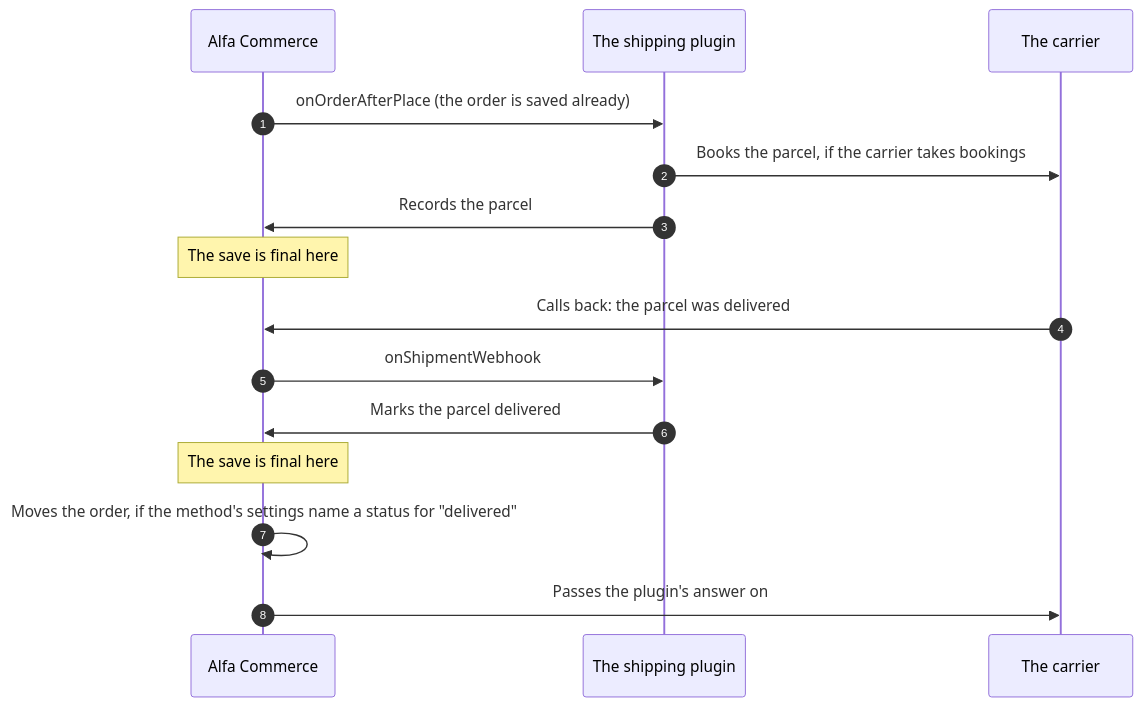
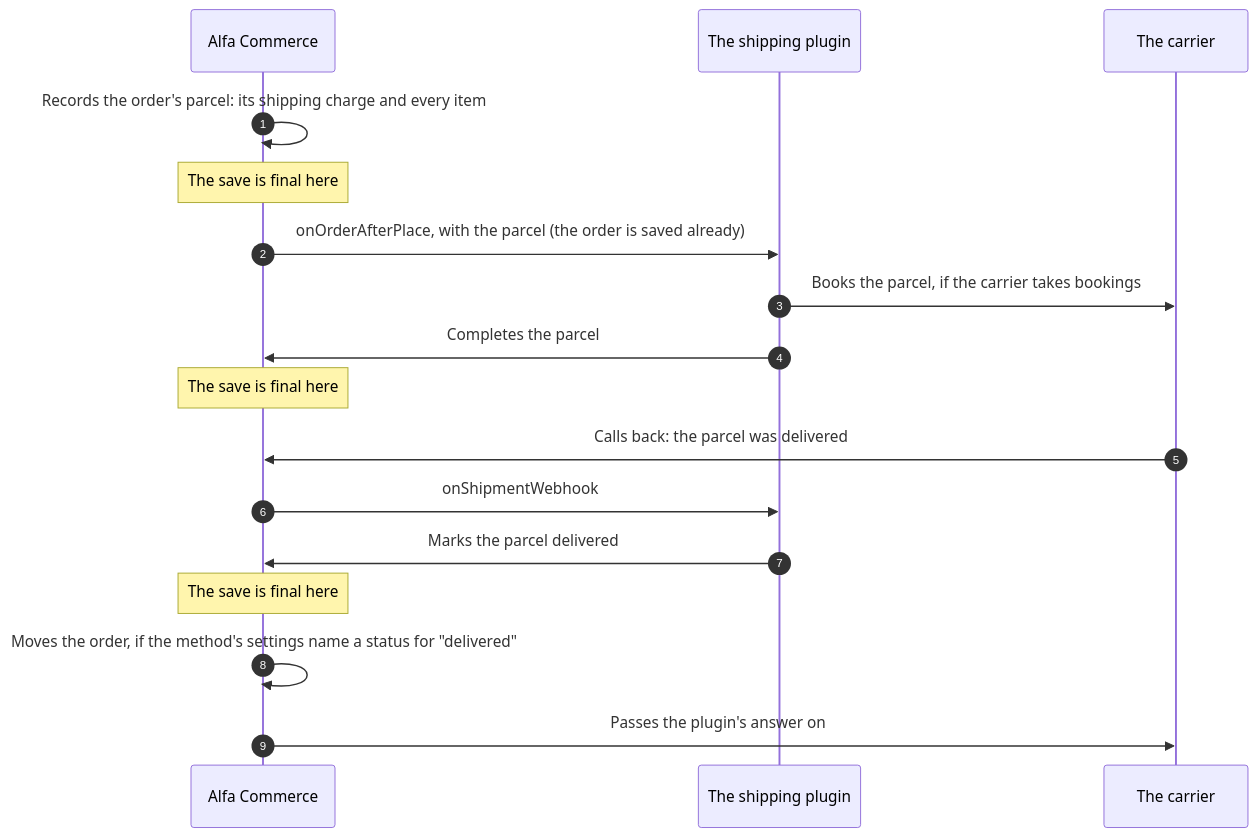
The seventh of 16 diagrams in docs/events/flows.md (Easylogic-CO-LP/Alfa-Commerce-Manual), drawn with Mermaid before and after one commit. The commit also changed other lines of this file, not shown here.

Commit message:
Event flows, checked against the code: Alfa records the order's parcel and the shipping plugin completes it, the Pay now address opens the order pages, every price period is announced, every thumbnail made after the image is stored, no onInventoryTransferred, the after-save step numbers

````diff
--- a/docs/events/flows.md
+++ b/docs/events/flows.md
@@ -325,17 +332,19 @@
 ```mermaid
 sequenceDiagram
     autonumber
     participant Alfa as Alfa Commerce
     participant P as The shipping plugin
     participant C as The carrier
-    Alfa->>P: onOrderAfterPlace (the order is saved already)
+    Alfa->>Alfa: Records the order's parcel: its shipping charge and every item
+    Note over Alfa: The save is final here
+    Alfa->>P: onOrderAfterPlace, with the parcel (the order is saved already)
     P->>C: Books the parcel, if the carrier takes bookings
-    P->>Alfa: Records the parcel
+    P->>Alfa: Completes the parcel
     Note over Alfa: The save is final here
     C->>Alfa: Calls back: the parcel was delivered
     Alfa->>P: onShipmentWebhook
     P->>Alfa: Marks the parcel delivered
     Note over Alfa: The save is final here
     Alfa->>Alfa: Moves the order, if the method's settings name a status for "delivered"
     Alfa->>C: Passes the plugin's answer on
 ```
````
